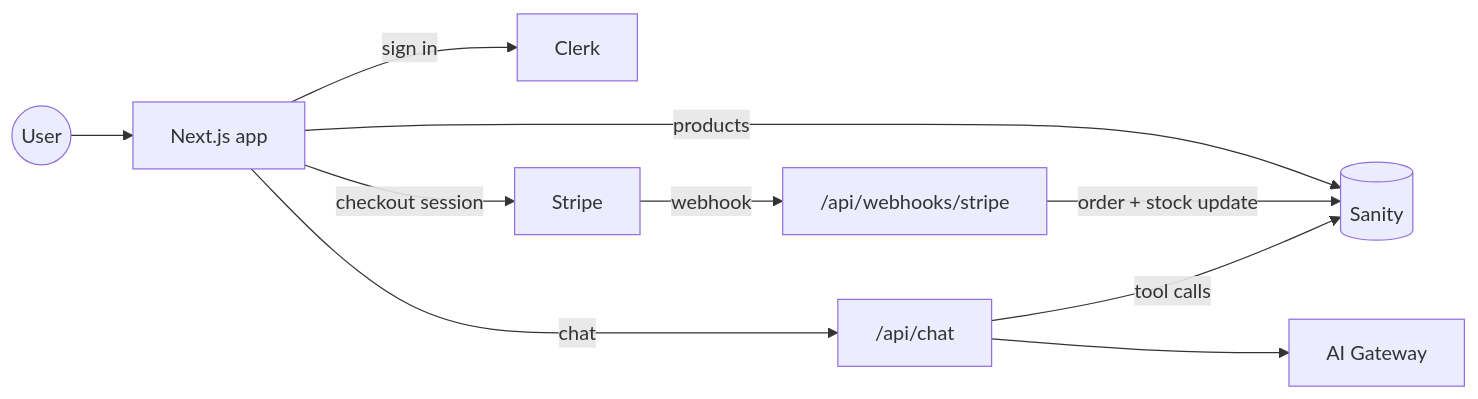
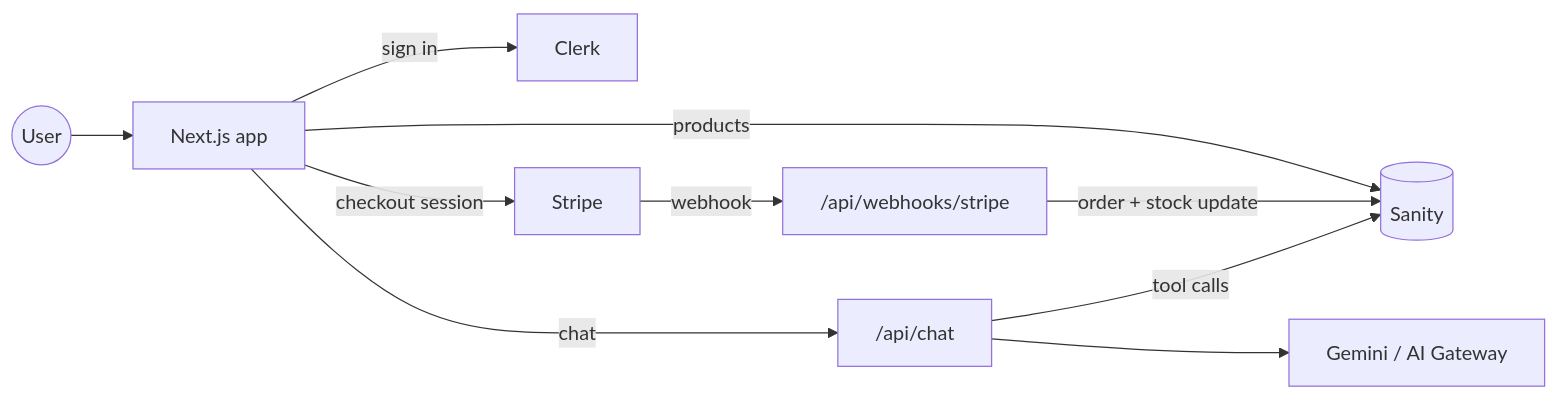
One commit to Lahanas/StoreCraft-ai changed the diagram in README.md. Above: the diagram before and after it, drawn with Mermaid. The commit also changed other lines of this file and 9 other files, not shown here.

````diff
--- a/README.md
+++ b/README.md
@@ -49,12 +49,12 @@
 ```mermaid
 flowchart LR
     User((User)) --> App[Next.js app]
     App -- products --> Sanity[(Sanity)]
     App -- sign in --> Clerk
     App -- checkout session --> Stripe
     Stripe -- webhook --> Webhook["/api/webhooks/stripe"]
     Webhook -- order + stock update --> Sanity
     App -- chat --> Chat["/api/chat"]
     Chat -- tool calls --> Sanity
-    Chat --> Gateway[AI Gateway]
+    Chat --> Model[Gemini / AI Gateway]
 ```
````
